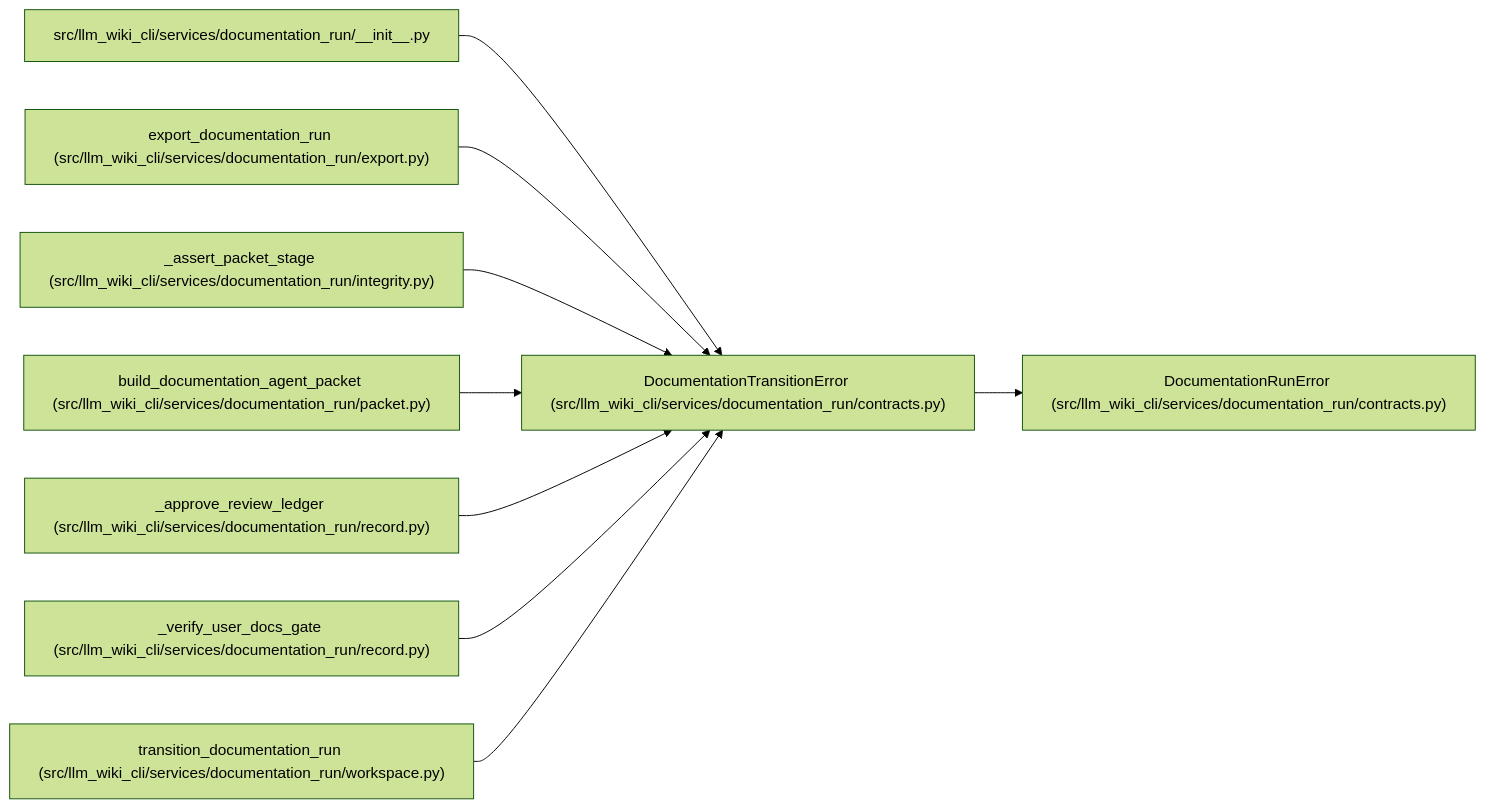
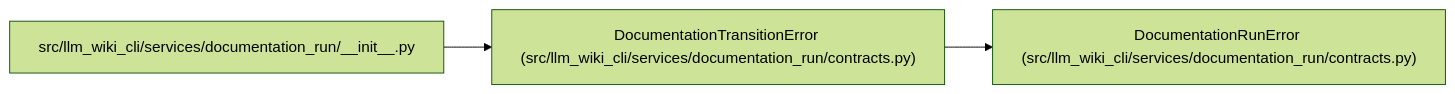
The diagram in docs/llm_wiki/entities/DocumentationTransitionError.md (Denissvgn/python-wiki-llm), drawn with Mermaid (forest theme) before and after one commit. The commit also changed other lines of this file and 719 other files, not shown here.

````diff
--- a/docs/llm_wiki/entities/DocumentationTransitionError.md
+++ b/docs/llm_wiki/entities/DocumentationTransitionError.md
@@ -23,29 +23,11 @@
 ```mermaid
 flowchart LR
     n0["DocumentationTransitionError (src/llm_wiki_cli/services/documentation_run/contracts.py)"]
     n1["DocumentationRunError (src/llm_wiki_cli/services/documentation_run/contracts.py)"]
     n2["src/llm_wiki_cli/services/documentation_run/__init__.py"]
-    n3["export_documentation_run (src/llm_wiki_cli/services/documentation_run/export.py)"]
-    n4["_assert_packet_stage (src/llm_wiki_cli/services/documentation_run/integrity.py)"]
-    n5["build_documentation_agent_packet (src/llm_wiki_cli/services/documentation_run/packet.py)"]
-    n6["_approve_review_ledger (src/llm_wiki_cli/services/documentation_run/record.py)"]
-    n7["_verify_user_docs_gate (src/llm_wiki_cli/services/documentation_run/record.py)"]
-    n8["transition_documentation_run (src/llm_wiki_cli/services/documentation_run/workspace.py)"]
     n0 --> n1
     n2 --> n0
-    n3 --> n0
-    n4 --> n0
-    n5 --> n0
-    n6 --> n0
-    n7 --> n0
-    n8 --> n0
     click n0 "../modules/documentation_run_contracts.md"
     click n1 "../modules/documentation_run_contracts.md"
     click n2 "../modules/documentation_run___init__.md"
-    click n3 "../modules/export.md"
-    click n4 "../modules/integrity.md"
-    click n5 "../modules/packet.md"
-    click n6 "../modules/record.md"
-    click n7 "../modules/record.md"
-    click n8 "../modules/workspace.md"
 ```
````
